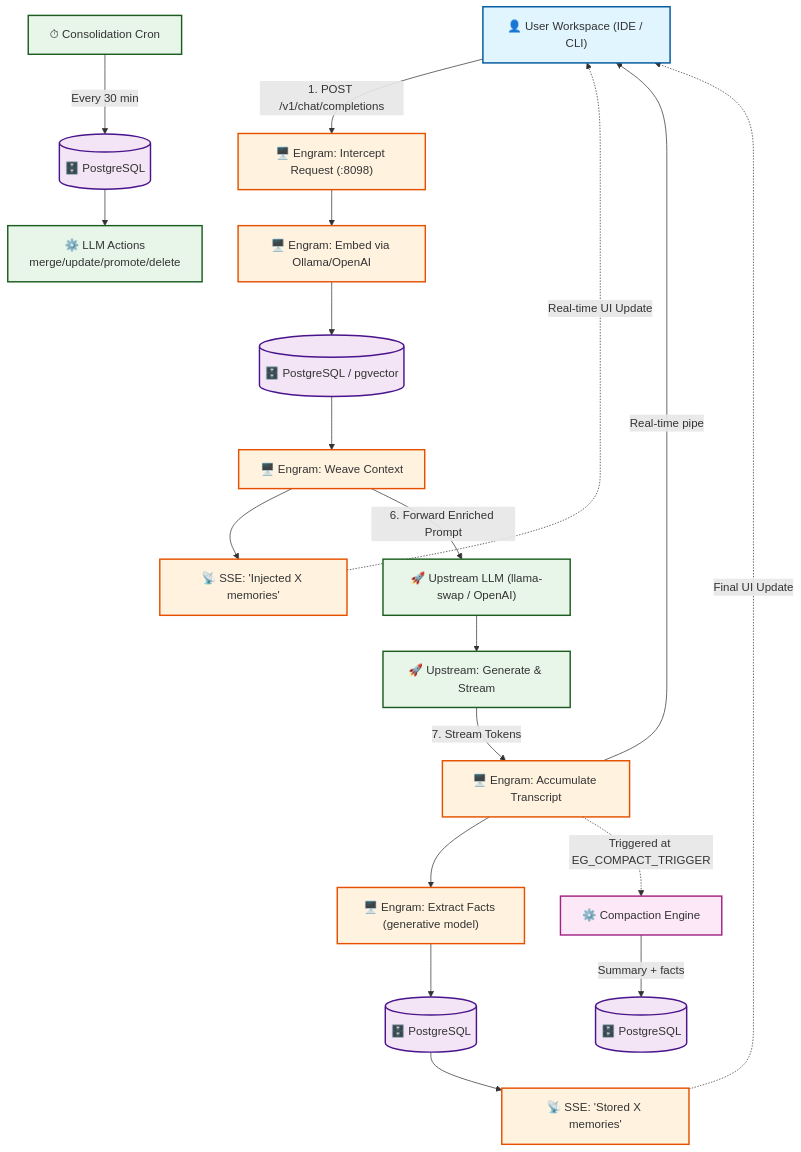
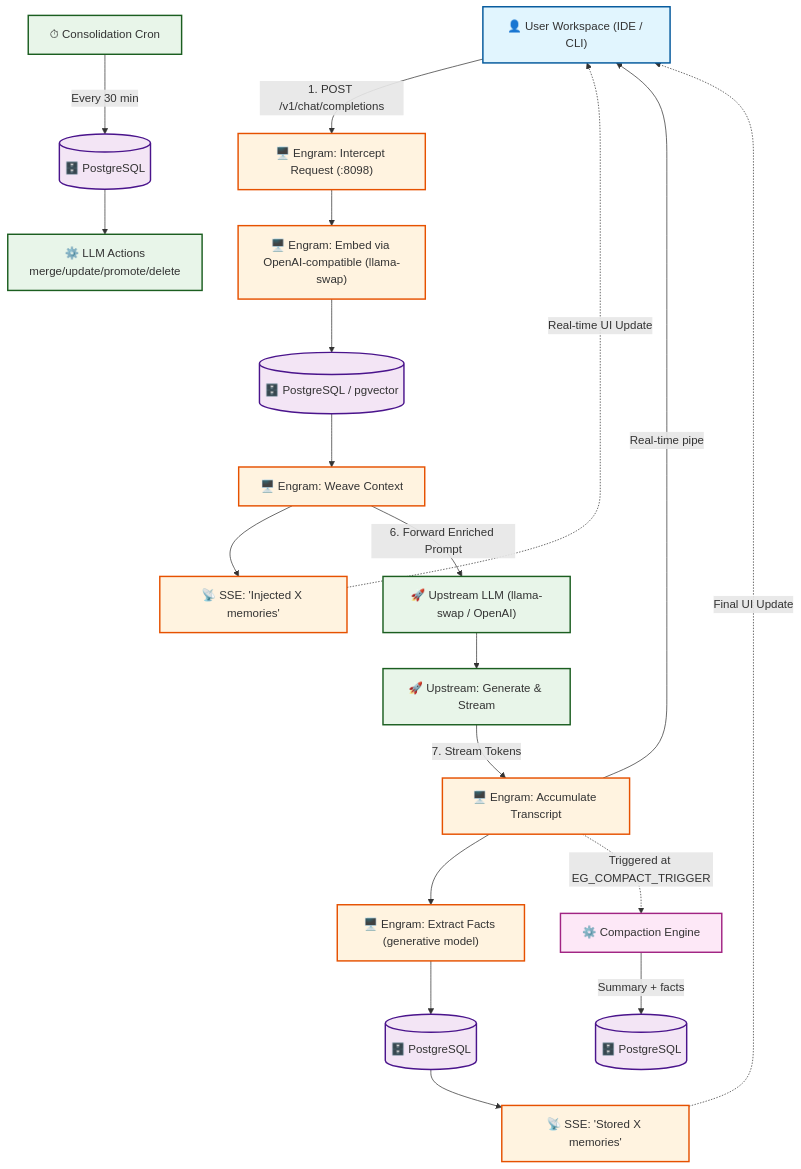
The diagram in AGENTS.md (acester822/FTR10-Engram), drawn with Mermaid before and after one commit. The commit also changed other lines of this file and 26 other files, not shown here.

````diff
--- a/AGENTS.md
+++ b/AGENTS.md
@@ -34,52 +33,52 @@
 ```mermaid
 flowchart TD
     classDef user fill:#e1f5fe,stroke:#01579b,stroke-width:2px
     classDef engram fill:#fff3e0,stroke:#e65100,stroke-width:2px
     classDef upstream fill:#e8f5e9,stroke:#1b5e20,stroke-width:2px
     classDef db fill:#f3e5f5,stroke:#4a148c,stroke-width:2px
     classDef infra fill:#f0f0f0,stroke:#666,stroke-width:1px
 
     U["👤 User Workspace (IDE / CLI)"]:::user
 
     E1["🖥️ Engram: Intercept Request (:8098)"]:::engram
-    E2["🖥️ Engram: Embed via Ollama/OpenAI"]:::engram
+    E2["🖥️ Engram: Embed via OpenAI-compatible (llama-swap)"]:::engram
     E3[("🗄️ PostgreSQL / pgvector")]:::db
     E4["🖥️ Engram: Weave Context"]:::engram
     E5["📡 SSE: 'Injected X memories'"]:::engram
 
     UP1["🚀 Upstream LLM (llama-swap / OpenAI)"]:::upstream
     UP2["🚀 Upstream: Generate & Stream"]:::upstream
 
     E6["🖥️ Engram: Accumulate Transcript"]:::engram
     E7["🖥️ Engram: Extract Facts (generative model)"]:::engram
     E8[("🗄️ PostgreSQL")]:::db
     E9["📡 SSE: 'Stored X memories'"]:::engram
 
     U -->|"1. POST /v1/chat/completions"| E1
     E1 --> E2
     E2 --> E3
     E3 --> E4
     E4 --> E5
     E5 -.->|"Real-time UI Update"| U
     E4 -->|"6. Forward Enriched Prompt"| UP1
     UP1 --> UP2
     UP2 -->|"7. Stream Tokens"| E6
     E6 -->|"Real-time pipe"| U
     E6 --> E7
     E7 --> E8
     E8 --> E9
     E9 -.->|"Final UI Update"| U
 
     classDef compaction fill:#fde8f7,stroke:#a12483,stroke-width:2px
     C1["⚙️ Compaction Engine"]:::compaction
     C2[("🗄️ PostgreSQL")]:::db
     E6 -.->|"Triggered at EG_COMPACT_TRIGGER"| C1
     C1 -->|"Summary + facts"| C2
 
     classDef consolidation fill:#e8f5e9,stroke:#1b5e20,stroke-width:2px
     S1["⏱ Consolidation Cron"]:::consolidation
     S2[("🗄️ PostgreSQL")]:::db
     S3["⚙️ LLM Actions\nmerge/update/promote/delete"]:::consolidation
     S1 -->|"Every 30 min"| S2
     S2 --> S3
 ```
````
